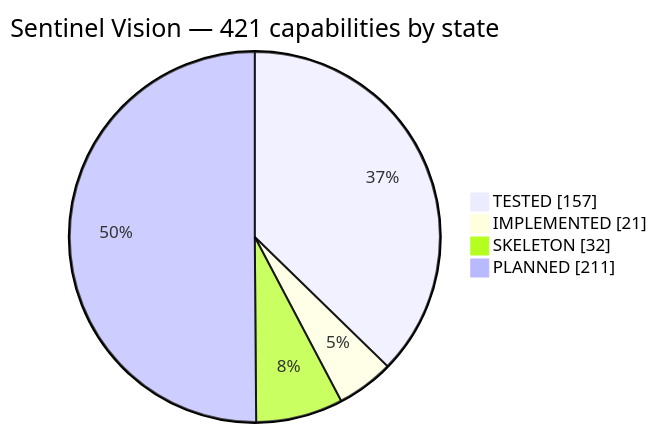
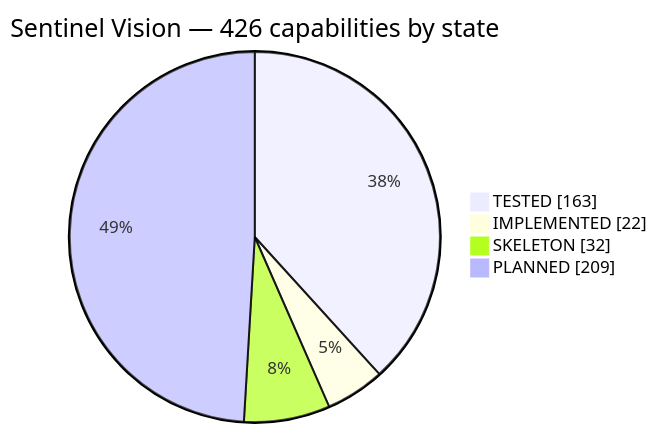
One commit to haidar-farhat/V.I.G.I.L._Vision_Intelligence_and_Geospatial_ncident_Layer changed the first of 3 diagrams in FEATURES.md. Above: the diagram before and after it, drawn with Mermaid. The commit also changed other lines of this file and 13 other files, not shown here.

````diff
--- a/FEATURES.md
+++ b/FEATURES.md
@@ -46,8 +46,8 @@
 ```mermaid
 pie showData
-    title Sentinel Vision — 421 capabilities by state
-    "TESTED" : 157
-    "IMPLEMENTED" : 21
+    title Sentinel Vision — 426 capabilities by state
+    "TESTED" : 163
+    "IMPLEMENTED" : 22
     "SKELETON" : 32
-    "PLANNED" : 211
+    "PLANNED" : 209
 ```
````
